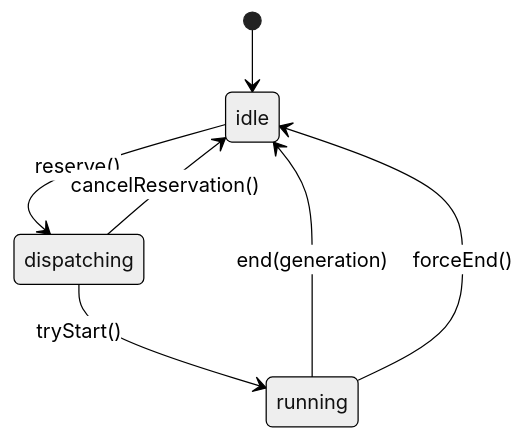
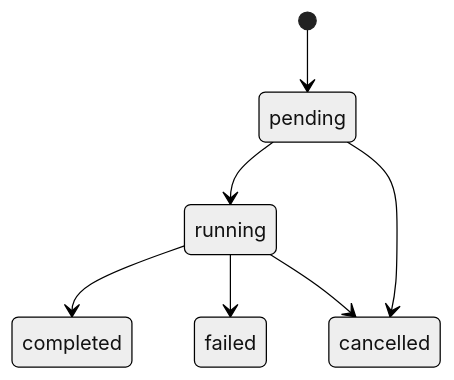
Before and after one commit to Hanxcellent/openclaude: the second of 2 diagrams in docs/project-guide/03-state-and-data-model.md, drawn with Mermaid (neutral theme). The commit also changed other lines of this file and 44 other files, not shown here.

````diff
--- a/docs/project-guide/03-state-and-data-model.md
+++ b/docs/project-guide/03-state-and-data-model.md
@@ -159,9 +133,9 @@
 ```mermaid
 stateDiagram-v2
-  [*] --> idle
-  idle --> dispatching: reserve()
-  dispatching --> running: tryStart()
-  dispatching --> idle: cancelReservation()
-  running --> idle: end(generation)
-  running --> idle: forceEnd()
+  [*] --> pending
+  pending --> running
+  running --> completed
+  running --> failed
+  running --> cancelled
+  pending --> cancelled
 ```
````
